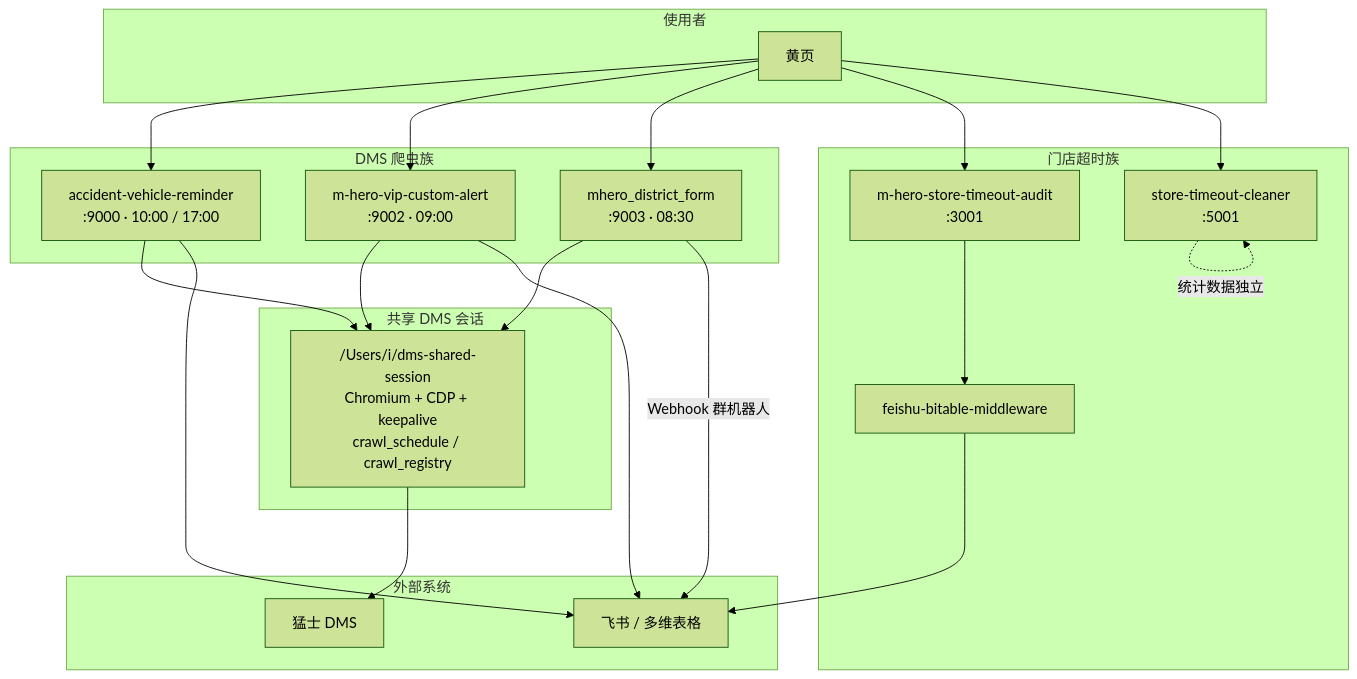
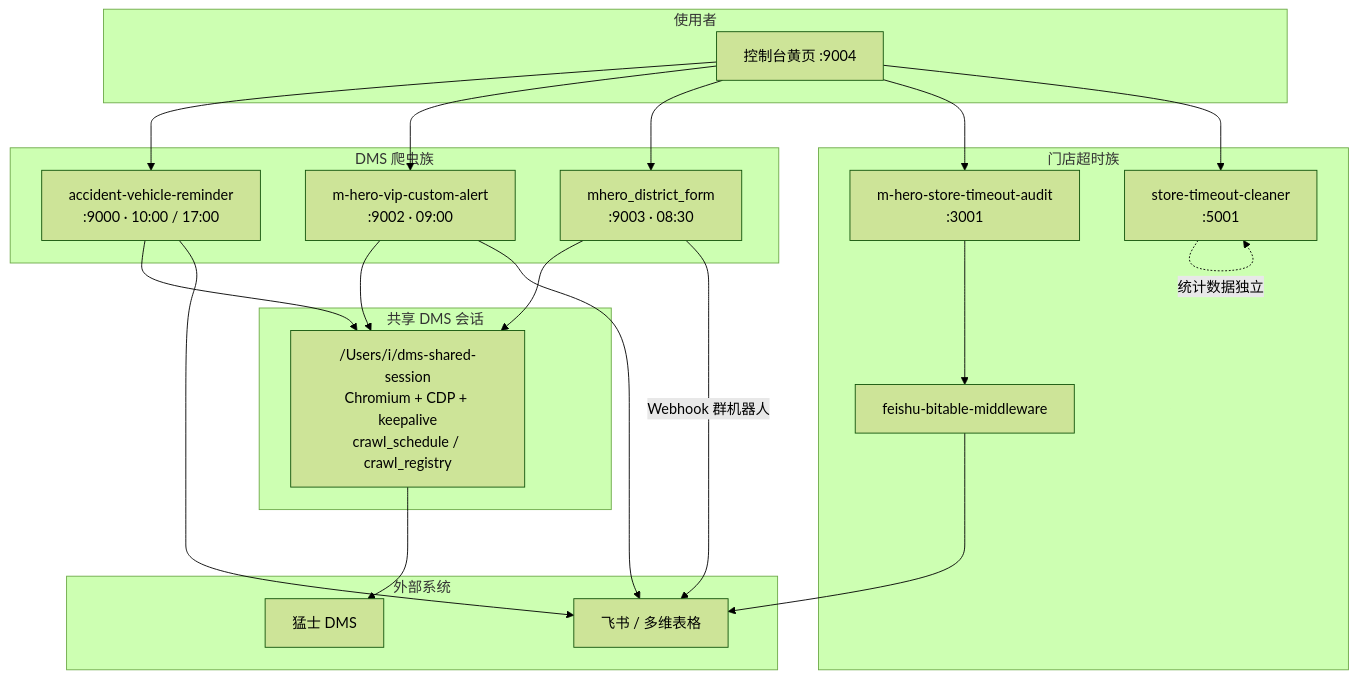
Before and after one commit to kaisonlau8/m-hero: the diagram in README.md, drawn with Mermaid (forest theme). The commit also changed other lines of this file and 2 other files, not shown here.

````diff
--- a/README.md
+++ b/README.md
@@ -43,35 +43,35 @@
 ```mermaid
 flowchart TB
   subgraph users [使用者]
-    OA[<your-hostname> 黄页]
+    OA[控制台黄页 :9004]
   end
 
   subgraph dms_shared [共享 DMS 会话]
     SES["/Users/i/dms-shared-session\nChromium + CDP + keepalive\ncrawl_schedule / crawl_registry"]
   end
 
   subgraph crawlers [DMS 爬虫族]
     ACC[accident-vehicle-reminder\n:9000 · 10:00 / 17:00]
     VIP[m-hero-vip-custom-alert\n:9002 · 09:00]
     DIST[mhero_district_form\n:9003 · 08:30]
   end
 
   subgraph timeout [门店超时族]
     AUDIT[m-hero-store-timeout-audit\n:3001]
     CLEAN[store-timeout-cleaner\n:5001]
     MID[feishu-bitable-middleware]
   end
 
   subgraph external [外部系统]
     DMS[猛士 DMS]
     FS[飞书 / 多维表格]
   end
 
   OA --> ACC & VIP & DIST & AUDIT & CLEAN
   ACC & VIP & DIST --> SES
   SES --> DMS
   ACC & VIP --> FS
   DIST -->|Webhook 群机器人| FS
   AUDIT --> MID --> FS
   CLEAN -.->|统计数据独立| CLEAN
 ```
````
